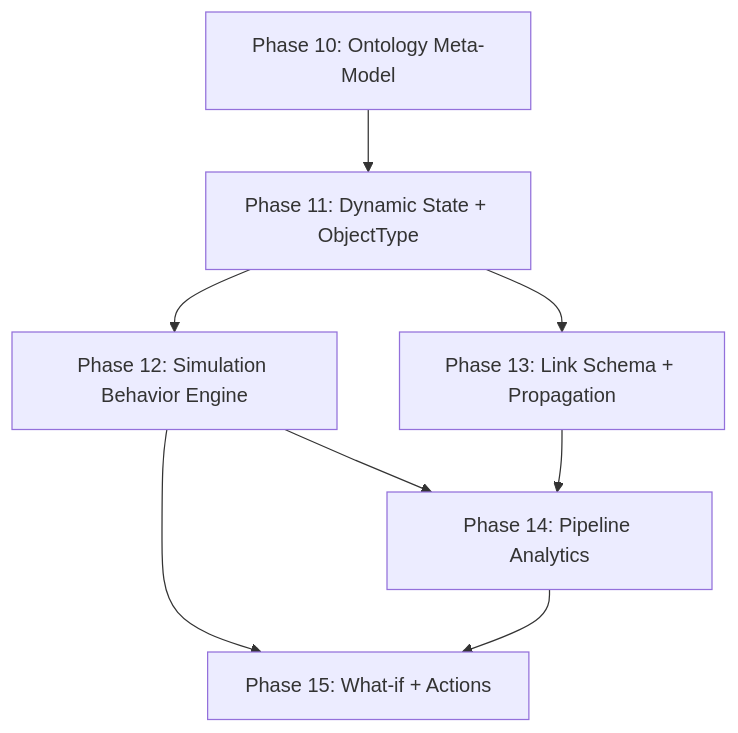
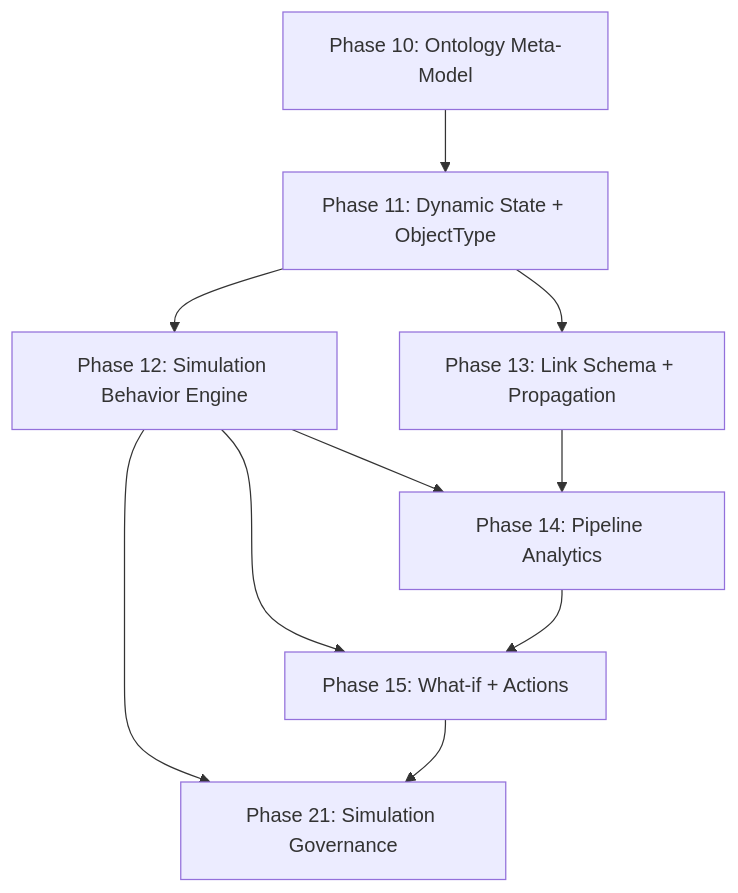
Before and after one commit to raco1001/mes-simulator: the diagram in documentation/planning/to-be-phases/00-overview.md, drawn with Mermaid. The commit also changed other lines of this file and 59 other files, not shown here.

````diff
--- a/documentation/planning/to-be-phases/00-overview.md
+++ b/documentation/planning/to-be-phases/00-overview.md
@@ -46,17 +46,20 @@
 ```mermaid
 graph TD
   P10["Phase 10: Ontology Meta-Model"]
   P11["Phase 11: Dynamic State + ObjectType"]
   P12["Phase 12: Simulation Behavior Engine"]
   P13["Phase 13: Link Schema + Propagation"]
   P14["Phase 14: Pipeline Analytics"]
   P15["Phase 15: What-if + Actions"]
+  P21["Phase 21: Simulation Governance"]
 
   P10 --> P11
   P11 --> P12
   P11 --> P13
   P12 --> P14
   P13 --> P14
   P12 --> P15
   P14 --> P15
+  P12 --> P21
+  P15 --> P21
 ```
````
